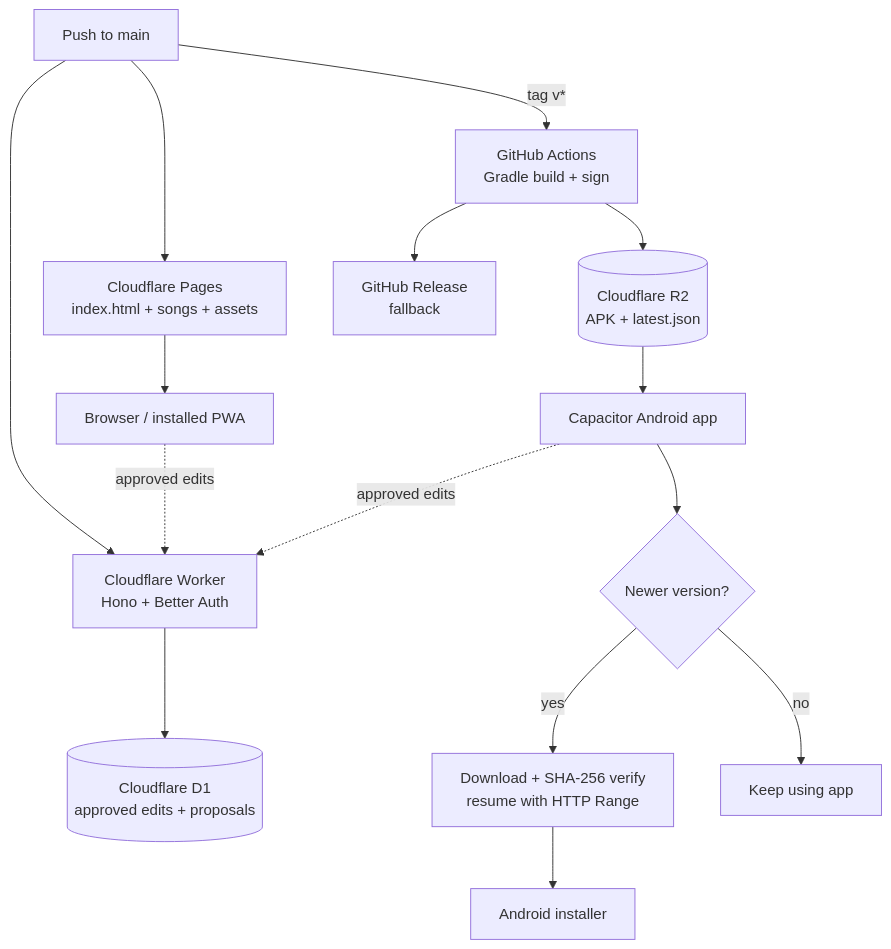
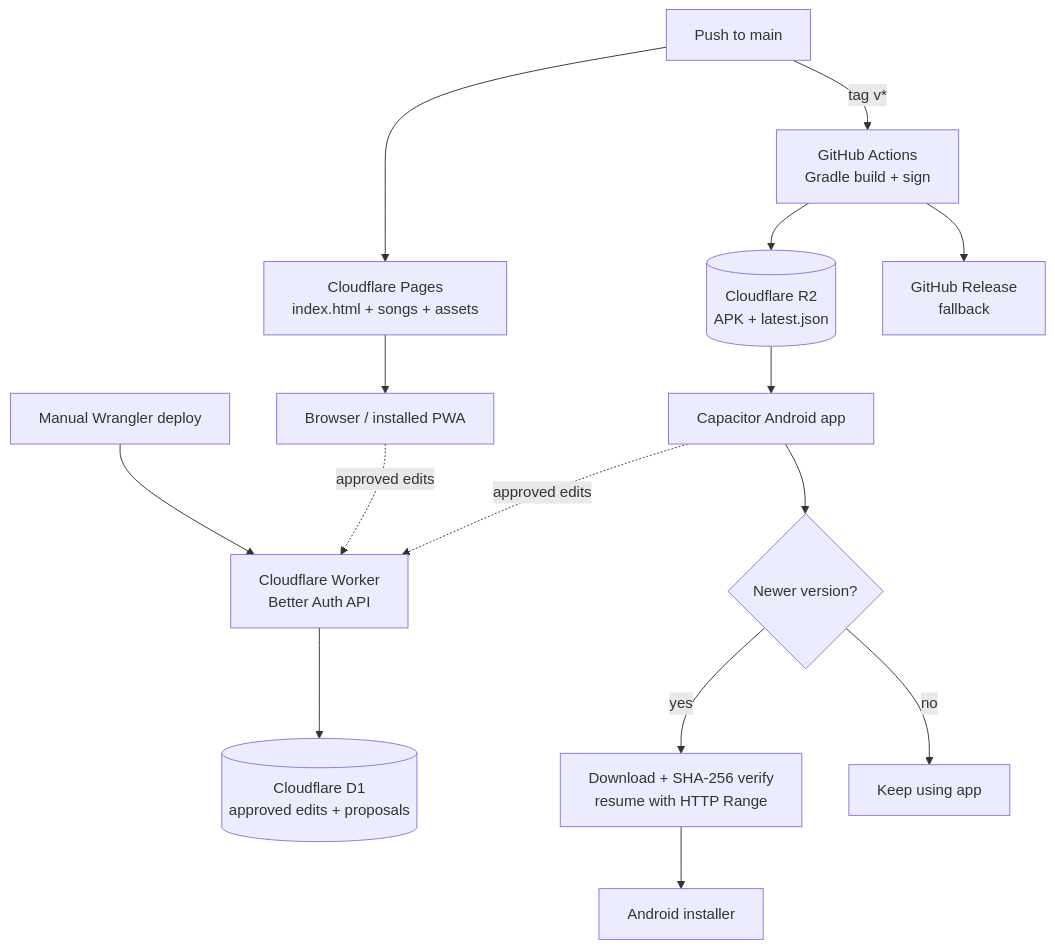
One commit to minatolun-dotcom/khristian-labu changed the diagram in README.md. Above: the diagram before and after it, drawn with Mermaid. The commit also changed other lines of this file, not shown here.

Commit message:
docs: correct the Worker stack and deploy path
The Worker uses Better Auth on a plain fetch router and is deployed with
Wrangler, not Hono or a push-to-main workflow. Keep the architecture map
accurate.

````diff
--- a/README.md
+++ b/README.md
@@ -28,19 +28,19 @@
 ```mermaid
 flowchart TD
-    DEV[Push to main] --> PAGES[Cloudflare Pages<br/>index.html + songs + assets]
-    DEV --> WORKER[Cloudflare Worker<br/>Hono + Better Auth]
+    PUSH[Push to main] --> PAGES[Cloudflare Pages<br/>index.html + songs + assets]
+    DEPLOY[Manual Wrangler deploy] --> WORKER[Cloudflare Worker<br/>Better Auth API]
     WORKER --> D1[(Cloudflare D1<br/>approved edits + proposals)]
-    DEV -->|tag v*| CI[GitHub Actions<br/>Gradle build + sign]
+    PUSH -->|tag v*| CI[GitHub Actions<br/>Gradle build + sign]
     CI --> R2[(Cloudflare R2<br/>APK + latest.json)]
     CI --> GH[GitHub Release<br/>fallback]
 
     PAGES --> WEB[Browser / installed PWA]
     R2 --> APK[Capacitor Android app]
     WEB -. approved edits .-> WORKER
     APK -. approved edits .-> WORKER
 
     APK --> UPD{Newer version?}
     UPD -->|yes| DOWNLOAD[Download + SHA-256 verify<br/>resume with HTTP Range]
     DOWNLOAD --> INSTALL[Android installer]
     UPD -->|no| READY[Keep using app]
 ```
````
